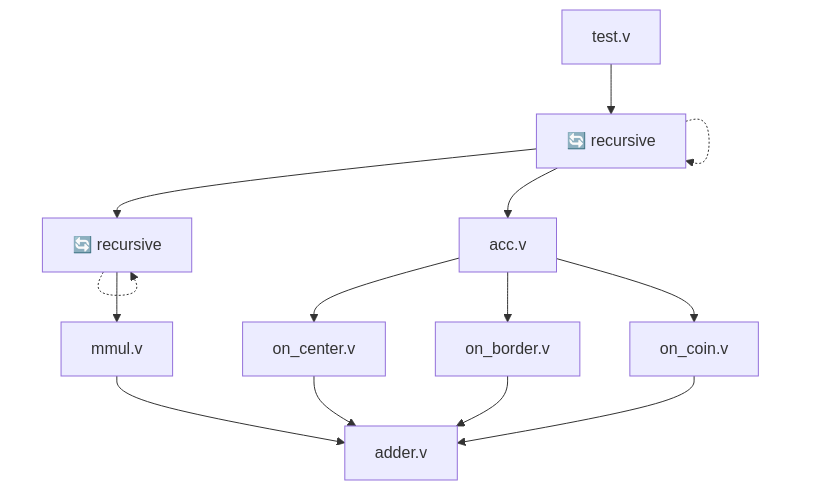
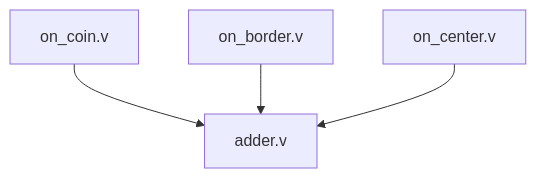
The fifth of 10 diagrams in src/tensor/README.md (jalcim/logilib), drawn with Mermaid before and after one commit. The commit also changed other lines of this file and 1 other file, not shown here.

Commit message:
litle mermaid

````diff
--- a/src/tensor/README.md
+++ b/src/tensor/README.md
@@ -112,16 +96,6 @@
 ```mermaid
 graph TD
-    A[test.v] --> B[tensor.v]
-    B --> C[mult.v]
-    B --> D[acc.v]
-    B -.-> B[🔄 recursive]
-    C -.-> C[🔄 recursive]
-    C --> I[mmul.v]
-    D --> E[on_center.v]
-    D --> F[on_border.v]
-    D --> G[on_coin.v]
-    E --> H[adder.v]
-    F --> H
-    G --> H
-    I --> H
+    A[on_coin.v] --> D[adder.v]
+    B[on_border.v] --> D
+    C[on_center.v] --> D
 ```
````
